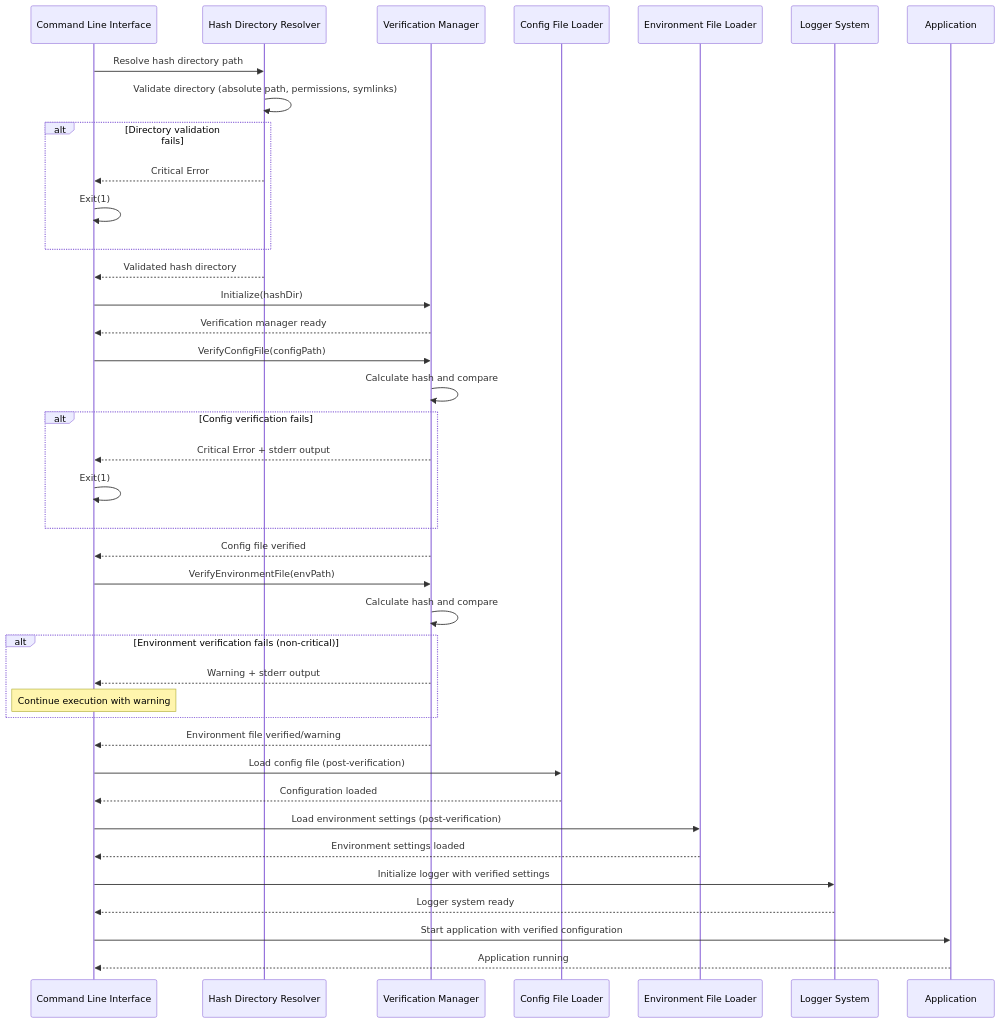
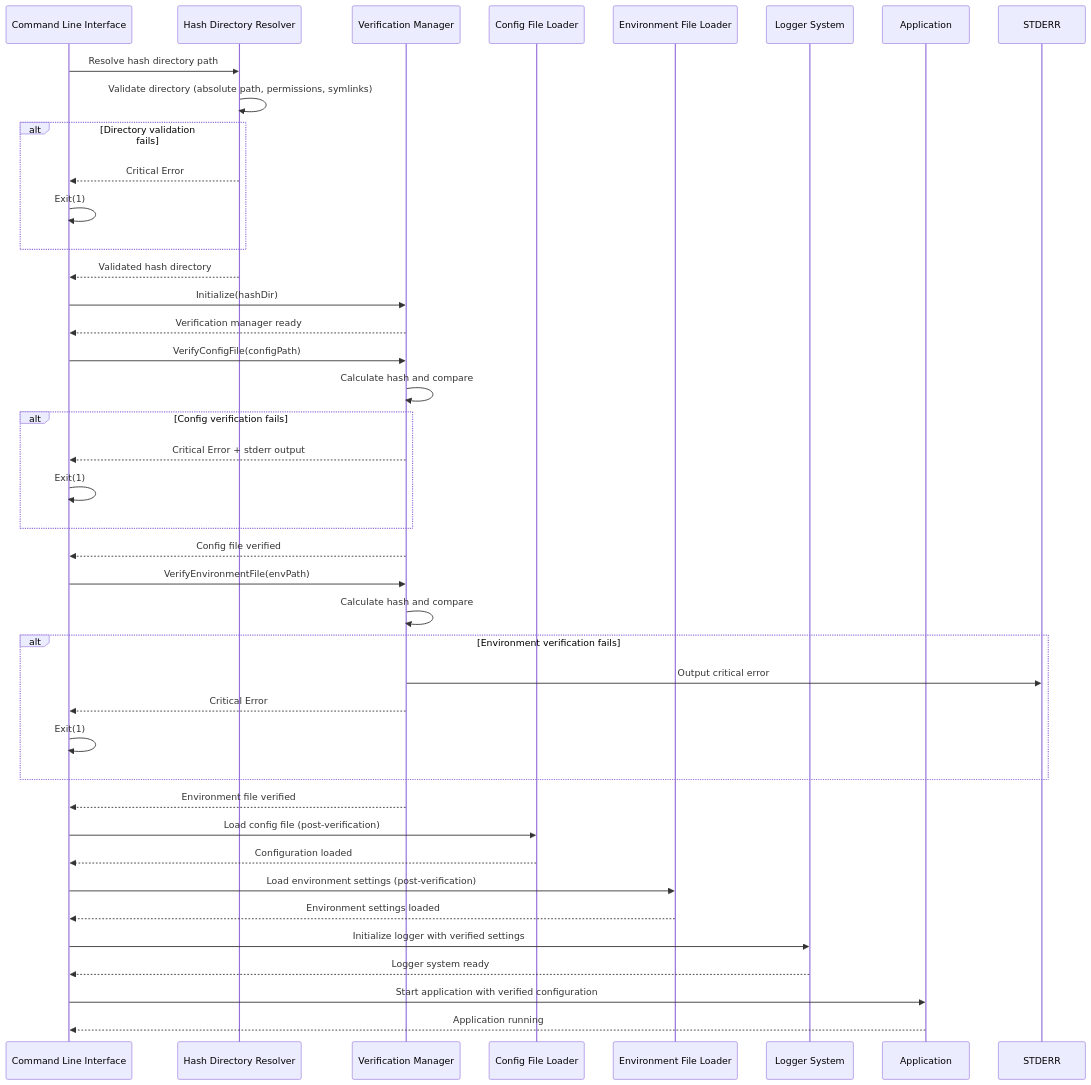
Before and after one commit to isseis/go-safe-cmd-runner: the fourth of 7 diagrams in docs/tasks/0021_config_verification_timing/02_architecture.md, drawn with Mermaid. The commit also changed other lines of this file and 1 other file, not shown here.

Commit message:
Make HashDirectoryError type-safe and clarify config verification docs
- Update architecture and sequence diagrams to treat environment file
  verification as a critical failure and clarify control flow and messages
- Replace integer-based HashDirectoryErrorSubtype with string-based
  HashDirectoryErrorType; update constructors, messages, and usages
- Adjust validation code and tests to use new error types and improve test
  cleanup for permission-related cases
- Fix documentation numbering/formatting and refine spec wording in task
  0021 to match implementation changes

````diff
--- a/docs/tasks/0021_config_verification_timing/02_architecture.md
+++ b/docs/tasks/0021_config_verification_timing/02_architecture.md
@@ -119,49 +119,50 @@
 ```mermaid
 sequenceDiagram
     participant CLI as Command Line Interface
     participant HDR as Hash Directory Resolver
     participant VM as Verification Manager
     participant CFL as Config File Loader
     participant EFL as Environment File Loader
     participant LOG as Logger System
     participant APP as Application
 
     CLI->>HDR: Resolve hash directory path
     HDR->>HDR: Validate directory (absolute path, permissions, symlinks)
     alt Directory validation fails
         HDR-->>CLI: Critical Error
         CLI->>CLI: Exit(1)
     end
     HDR-->>CLI: Validated hash directory
 
     CLI->>VM: Initialize(hashDir)
     VM-->>CLI: Verification manager ready
 
     CLI->>VM: VerifyConfigFile(configPath)
     VM->>VM: Calculate hash and compare
     alt Config verification fails
         VM-->>CLI: Critical Error + stderr output
         CLI->>CLI: Exit(1)
     end
     VM-->>CLI: Config file verified
 
     CLI->>VM: VerifyEnvironmentFile(envPath)
     VM->>VM: Calculate hash and compare
-    alt Environment verification fails (non-critical)
-        VM-->>CLI: Warning + stderr output
-        Note over CLI: Continue execution with warning
+    alt Environment verification fails
+        VM->>STDERR: Output critical error
+        VM-->>CLI: Critical Error
+        CLI->>CLI: Exit(1)
     end
-    VM-->>CLI: Environment file verified/warning
+    VM-->>CLI: Environment file verified
 
     CLI->>CFL: Load config file (post-verification)
     CFL-->>CLI: Configuration loaded
 
     CLI->>EFL: Load environment settings (post-verification)
     EFL-->>CLI: Environment settings loaded
 
     CLI->>LOG: Initialize logger with verified settings
     LOG-->>CLI: Logger system ready
 
     CLI->>APP: Start application with verified configuration
     APP-->>CLI: Application running
 ```
````
